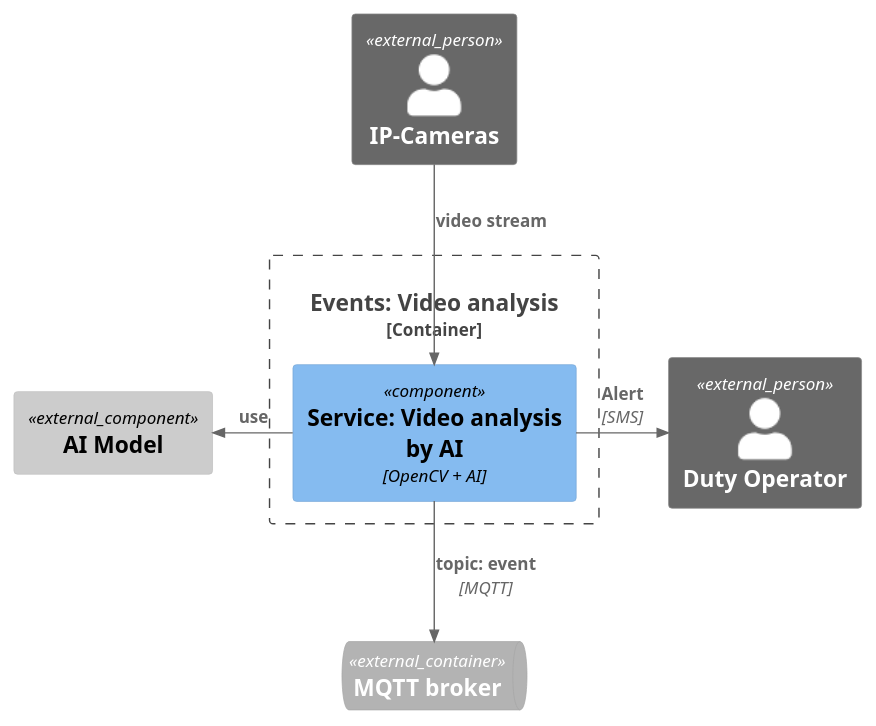
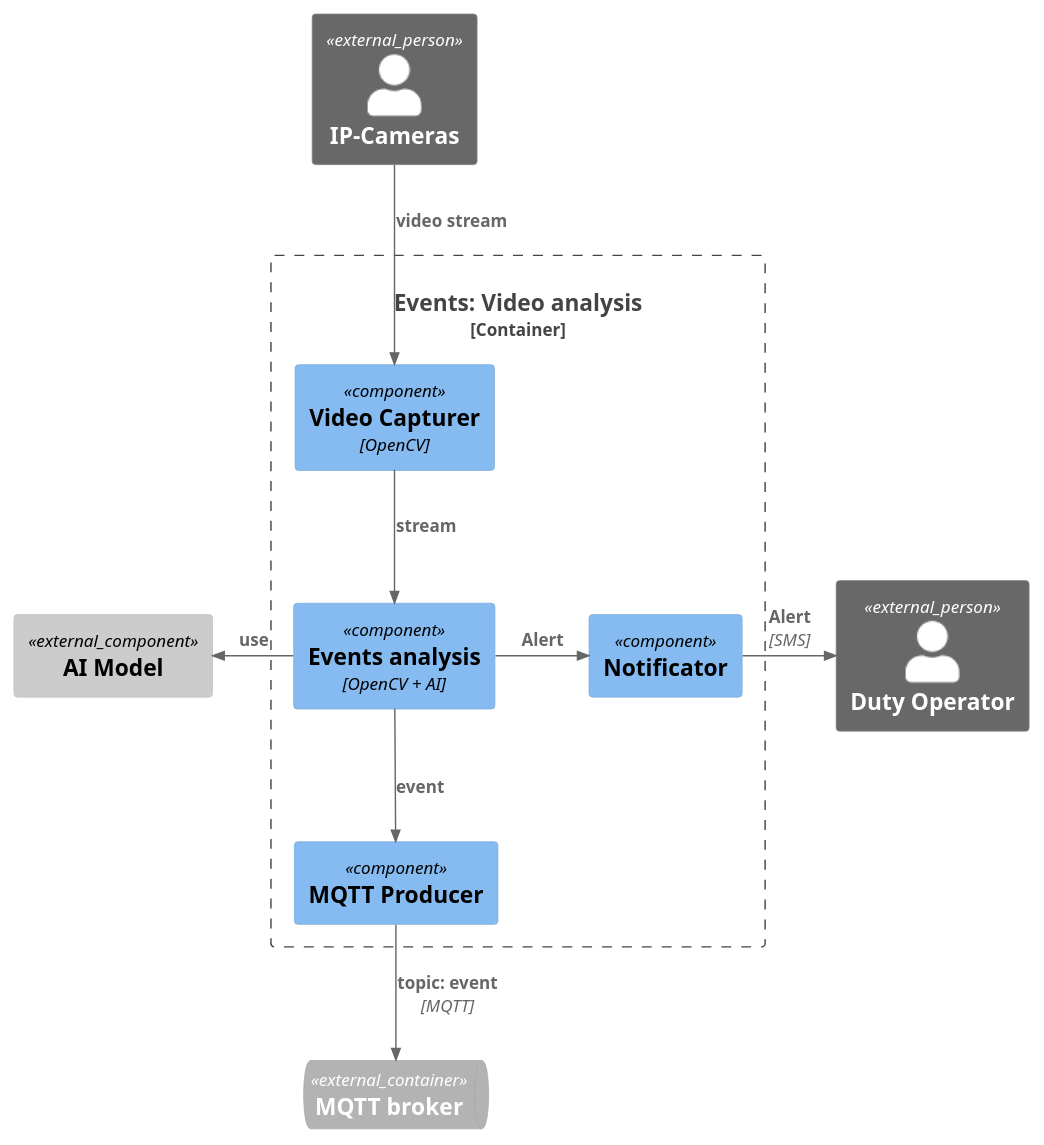
The diagram in Task3/ATCK_C4_Components_AI_Video.puml (mirray/MSA-AgroTech), drawn with PlantUML before and after one commit. The commit also changed 2 other files, not shown here.

Commit message:
task3 video

```diff
--- a/Task3/ATCK_C4_Components_AI_Video.puml
+++ b/Task3/ATCK_C4_Components_AI_Video.puml
@@ -1,15 +1,21 @@
 @startuml Архитектура_АвтоТехноСвиноКомплекс_v1_Events_Video_Analysis
 !include <C4/C4_Component>
 
 ContainerQueue_Ext(data_hub, "MQTT broker")
 Person_Ext(duty_operator, "Duty Operator")
 Person_Ext(cameras, "IP-Cameras")
 Component_Ext(ai, "AI Model")
 Container_Boundary(video_b, "Events: Video analysis"){
-    Component(video_service, "Service: Video analysis by AI", "OpenCV + AI")
+    Component(video_capturing, "Video Capturer", "OpenCV")
+    Component(video_service, "Events analysis", "OpenCV + AI")
+    Component(video_notification, "Notificator")
+    Component(video_p, "MQTT Producer")
+    Rel(video_capturing, video_service, "stream")
     Rel_L(video_service, ai, "use")
-    Rel_R(video_service, duty_operator, "Alert", "SMS")
-    Rel_D(cameras, video_service, "video stream")
-    Rel_D(video_service, data_hub, "topic: event", "MQTT")
+    Rel_R(video_service, video_notification, "Alert")
+    Rel_R(video_notification, duty_operator, "Alert", "SMS")
+    Rel_D(cameras, video_capturing, "video stream")
+    Rel_D(video_service, video_p, "event")
+    Rel_D(video_p, data_hub, "topic: event", "MQTT")
 }
 @enduml
```
